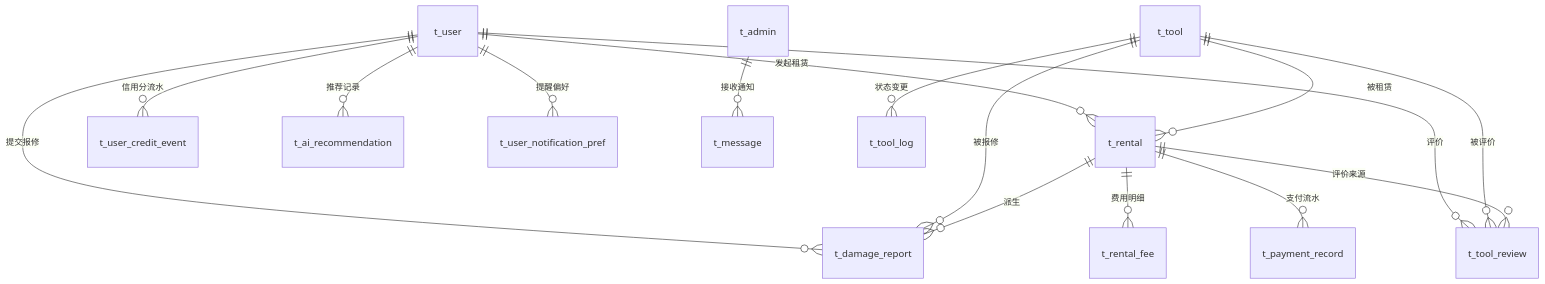
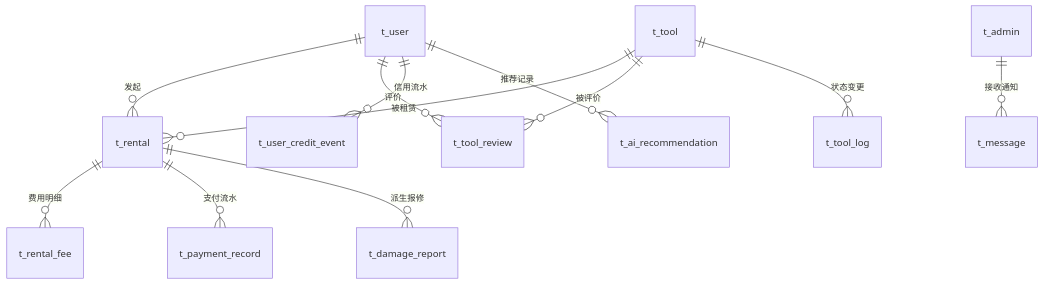
Before and after one commit to cd-water/tool-share: the second of 2 diagrams in README.md, drawn with Mermaid. The commit also changed other lines of this file and 5 other files, not shown here.

First line of the commit message:
docs: 重构 README 并补充界面截图

````diff
--- a/README.md
+++ b/README.md
@@ -118,18 +126,14 @@
 ```mermaid
 erDiagram
-    t_user ||--o{ t_rental : "发起租赁"
-    t_user ||--o{ t_damage_report : "提交报修"
+    t_user ||--o{ t_rental : "发起"
+    t_tool ||--o{ t_rental : "被租赁"
+    t_rental ||--o{ t_rental_fee : "费用明细"
+    t_rental ||--o{ t_payment_record : "支付流水"
+    t_rental ||--o{ t_damage_report : "派生报修"
     t_user ||--o{ t_tool_review : "评价"
-    t_user ||--o{ t_user_credit_event : "信用分流水"
+    t_tool ||--o{ t_tool_review : "被评价"
+    t_user ||--o{ t_user_credit_event : "信用流水"
     t_user ||--o{ t_ai_recommendation : "推荐记录"
-    t_user ||--o{ t_user_notification_pref : "提醒偏好"
     t_admin ||--o{ t_message : "接收通知"
     t_tool ||--o{ t_tool_log : "状态变更"
-    t_tool ||--o{ t_rental : "被租赁"
-    t_tool ||--o{ t_tool_review : "被评价"
-    t_tool ||--o{ t_damage_report : "被报修"
-    t_rental ||--o{ t_damage_report : "派生"
-    t_rental ||--o{ t_rental_fee : "费用明细"
-    t_rental ||--o{ t_payment_record : "支付流水"
-    t_rental ||--o{ t_tool_review : "评价来源"
 ```
````
